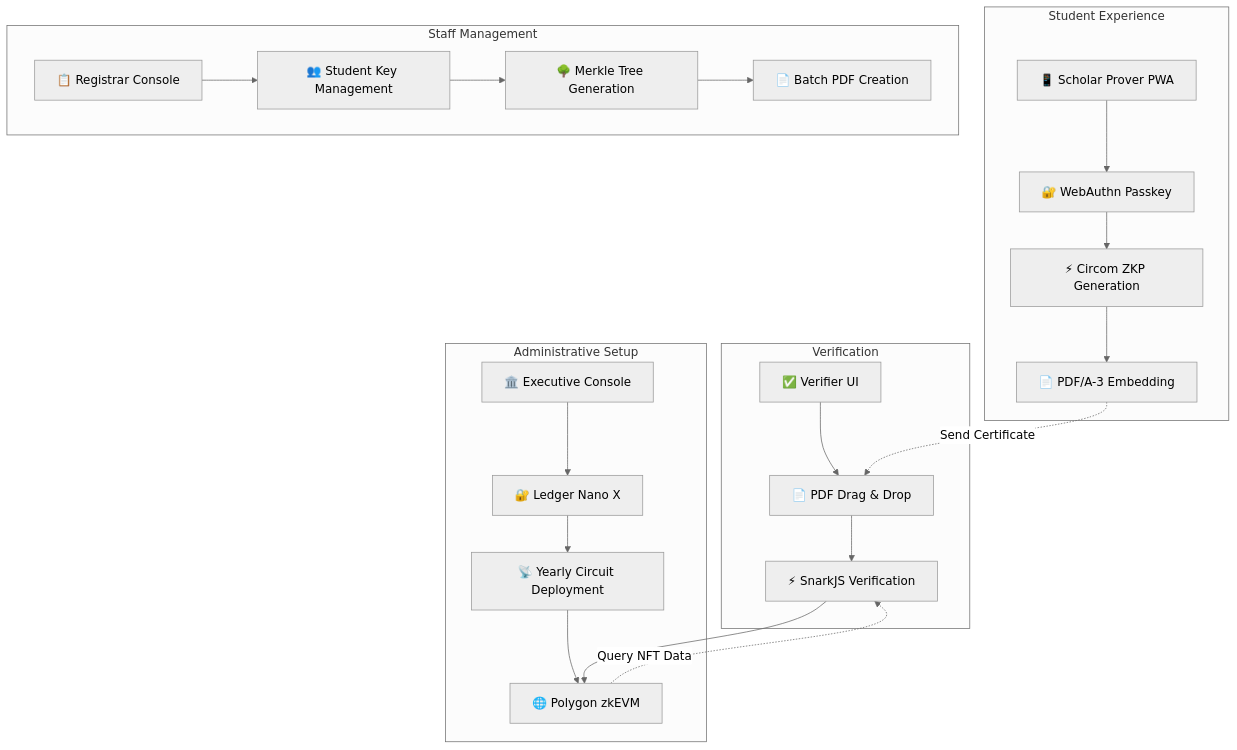
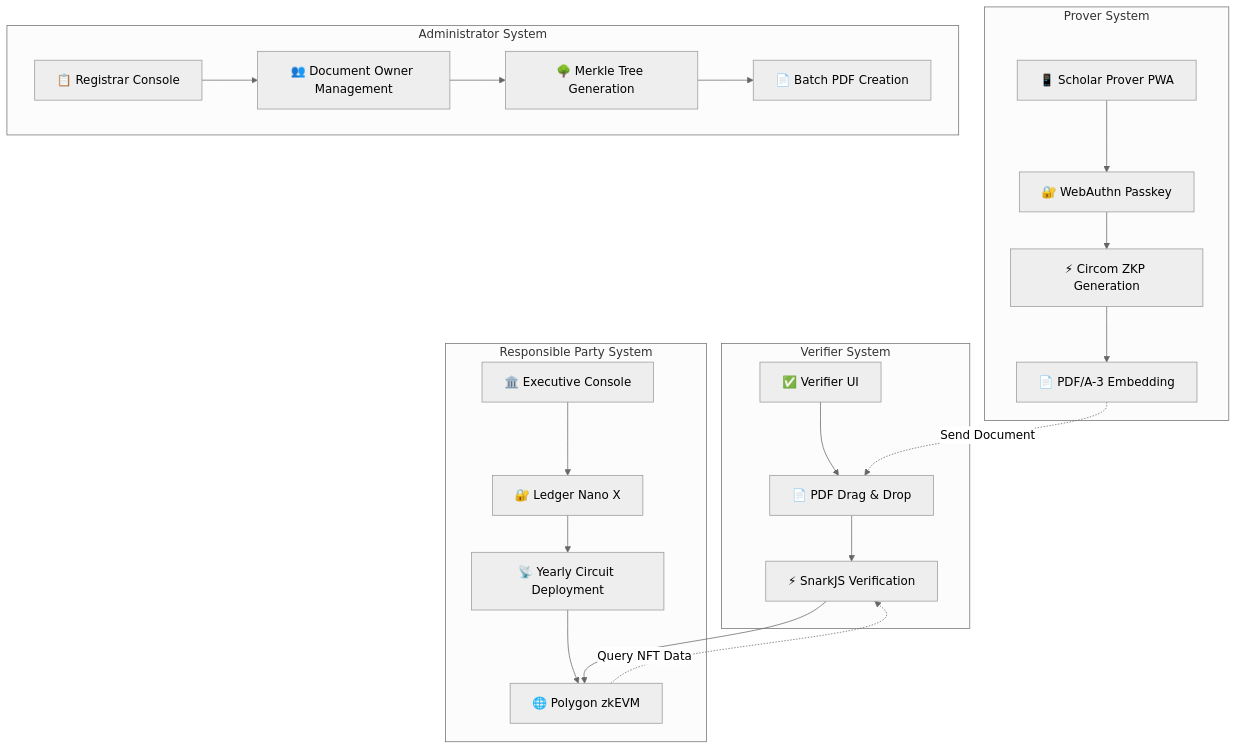
The second of 2 diagrams in README.md (Blank-Vulture/Tri-CertFramework), drawn with Mermaid (neutral theme) before and after one commit. The commit also changed other lines of this file and 14 other files, not shown here.

````diff
--- a/README.md
+++ b/README.md
@@ -375,29 +371,29 @@
 ```mermaid
 graph TD
-    subgraph "Student Experience"
+    subgraph "Prover System"
         A[📱 Scholar Prover PWA] --> B[🔐 WebAuthn Passkey]
         B --> C[⚡ Circom ZKP Generation]
         C --> D[📄 PDF/A-3 Embedding]
     end
     
-    subgraph "Administrative Setup"
+    subgraph "Responsible Party System"
         E[🏛️ Executive Console] --> F[🔐 Ledger Nano X]
         F --> G[📡 Yearly Circuit Deployment]
         G --> H[🌐 Polygon zkEVM]
     end
     
-    subgraph "Staff Management"
-        I[📋 Registrar Console] --> J[👥 Student Key Management]
+    subgraph "Administrator System"
+        I[📋 Registrar Console] --> J[👥 Document Owner Management]
         J --> K[🌳 Merkle Tree Generation]
         K --> L[📄 Batch PDF Creation]
     end
     
-    subgraph "Verification"
+    subgraph "Verifier System"
         M[✅ Verifier UI] --> N[📄 PDF Drag & Drop]
         N --> O[⚡ SnarkJS Verification]
         O --> H
     end
     
-    D -.->|Send Certificate| N
+    D -.->|Send Document| N
     H -.->|Query NFT Data| O
 ```
````
